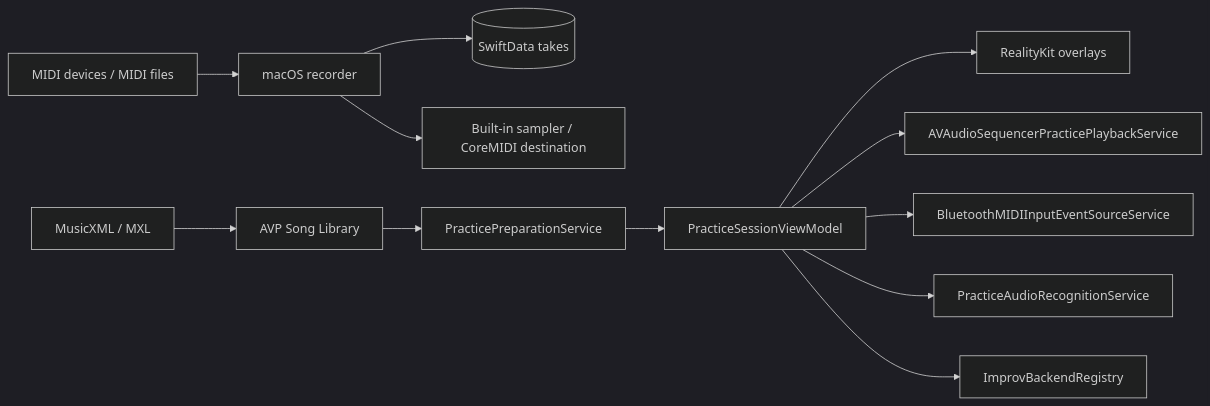
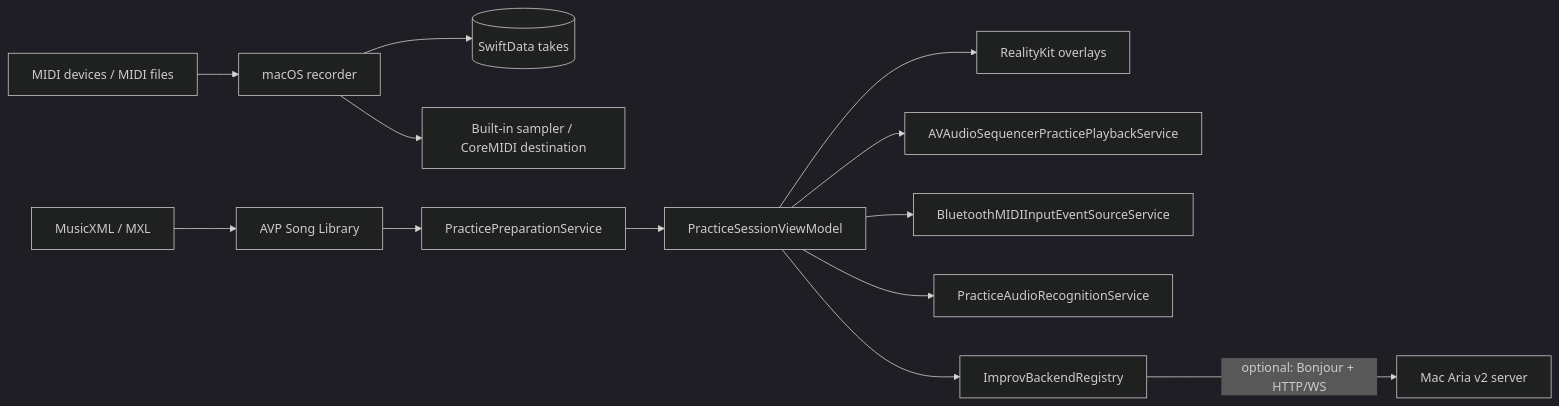
The first of 3 diagrams in docs/architecture.md (chiimagnus/Amoroso), drawn with Mermaid (dark theme) before and after one commit. The commit also changed 8 other files, not shown here.

Commit message:
docs: update docs for optional Aria v2 network backend

````diff
--- a/docs/architecture.md
+++ b/docs/architecture.md
@@ -5,17 +5,18 @@
 ```mermaid
 flowchart LR
   MIDI[MIDI devices / MIDI files] --> MAC[macOS recorder]
   MAC --> STORE[(SwiftData takes)]
   MAC --> OUT[Built-in sampler / CoreMIDI destination]
 
   XML[MusicXML / MXL] --> LIB[AVP Song Library]
   LIB --> PREP[PracticePreparationService]
   PREP --> SESSION[PracticeSessionViewModel]
 
   SESSION --> AR[RealityKit overlays]
   SESSION --> AUDIO[AVAudioSequencerPracticePlaybackService]
   SESSION --> BLE[BluetoothMIDIInputEventSourceService]
   SESSION --> MIC[PracticeAudioRecognitionService]
 
   SESSION --> IM[ImprovBackendRegistry]
+  IM -->|optional: Bonjour + HTTP/WS| ARIA[Mac Aria v2 server]
 ```
````
